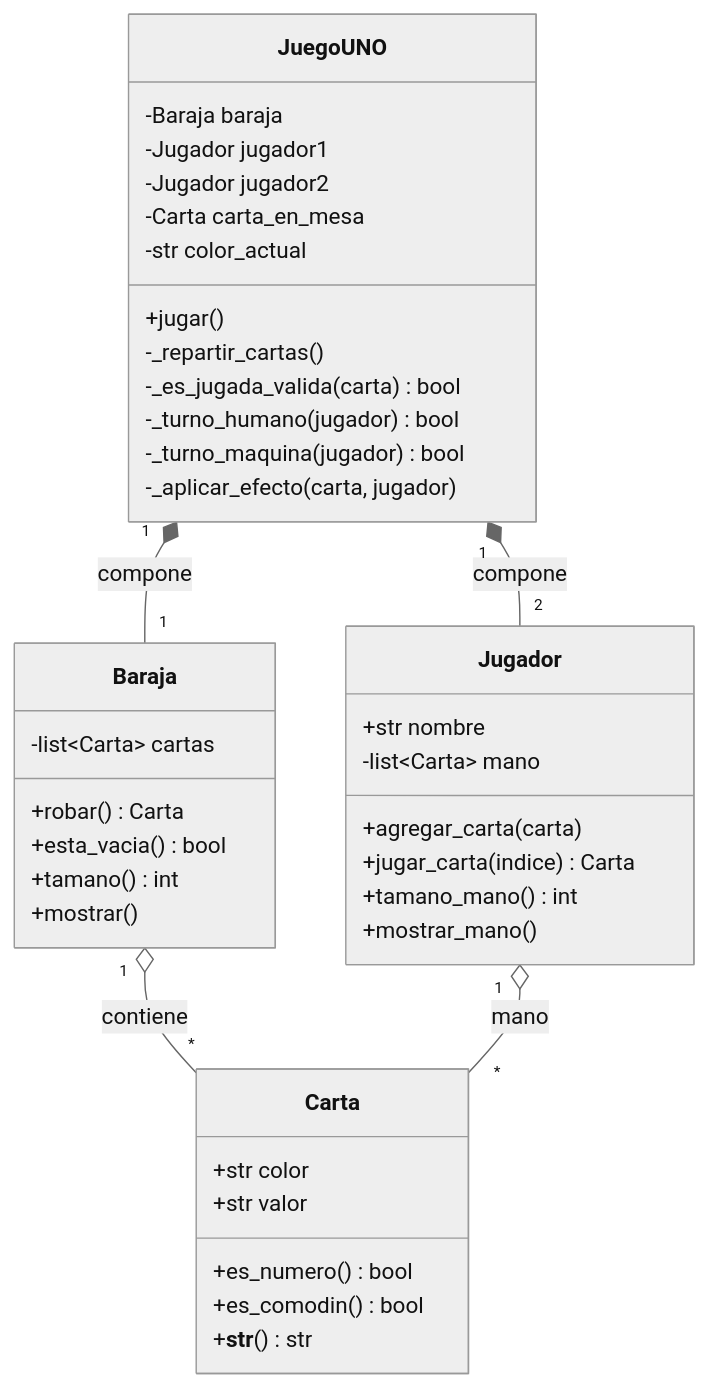
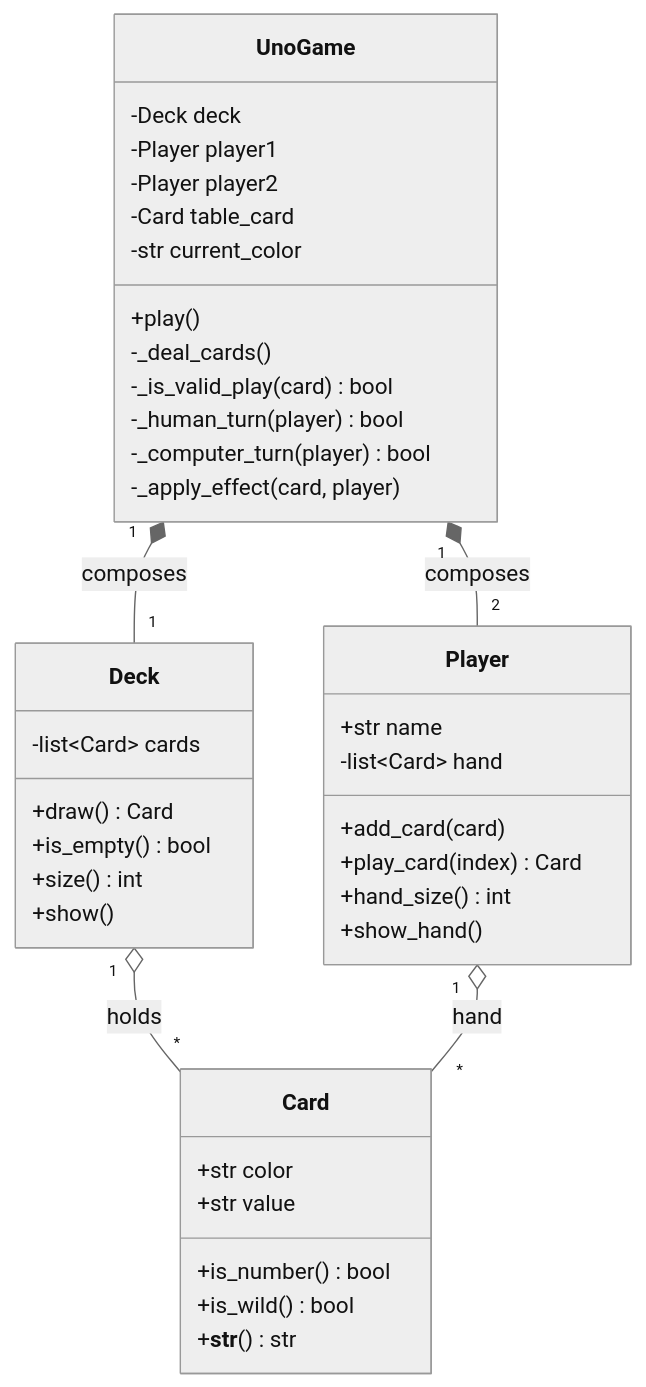
One commit to dvargas-ai/uno-poo changed the diagram in README.md. Above: the diagram before and after it, drawn with Mermaid (neutral theme). The commit also changed other lines of this file and 22 other files, not shown here.

````diff
--- a/README.md
+++ b/README.md
@@ -89,46 +88,46 @@
 ```mermaid
 classDiagram
-    class Carta {
+    class Card {
         +str color
-        +str valor
-        +es_numero() bool
-        +es_comodin() bool
+        +str value
+        +is_number() bool
+        +is_wild() bool
         +__str__() str
     }
 
-    class Baraja {
-        -list~Carta~ cartas
-        +robar() Carta
-        +esta_vacia() bool
-        +tamano() int
-        +mostrar()
+    class Deck {
+        -list~Card~ cards
+        +draw() Card
+        +is_empty() bool
+        +size() int
+        +show()
     }
 
-    class Jugador {
-        +str nombre
-        -list~Carta~ mano
-        +agregar_carta(carta)
-        +jugar_carta(indice) Carta
-        +tamano_mano() int
-        +mostrar_mano()
+    class Player {
+        +str name
+        -list~Card~ hand
+        +add_card(card)
+        +play_card(index) Card
+        +hand_size() int
+        +show_hand()
     }
 
-    class JuegoUNO {
-        -Baraja baraja
-        -Jugador jugador1
-        -Jugador jugador2
-        -Carta carta_en_mesa
-        -str color_actual
-        +jugar()
-        -_repartir_cartas()
-        -_es_jugada_valida(carta) bool
-        -_turno_humano(jugador) bool
-        -_turno_maquina(jugador) bool
-        -_aplicar_efecto(carta, jugador)
+    class UnoGame {
+        -Deck deck
+        -Player player1
+        -Player player2
+        -Card table_card
+        -str current_color
+        +play()
+        -_deal_cards()
+        -_is_valid_play(card) bool
+        -_human_turn(player) bool
+        -_computer_turn(player) bool
+        -_apply_effect(card, player)
     }
 
-    JuegoUNO "1" *-- "1" Baraja : compone
-    JuegoUNO "1" *-- "2" Jugador : compone
-    Baraja "1" o-- "*" Carta : contiene
-    Jugador "1" o-- "*" Carta : mano
+    UnoGame "1" *-- "1" Deck : composes
+    UnoGame "1" *-- "2" Player : composes
+    Deck "1" o-- "*" Card : holds
+    Player "1" o-- "*" Card : hand
 ```
````
